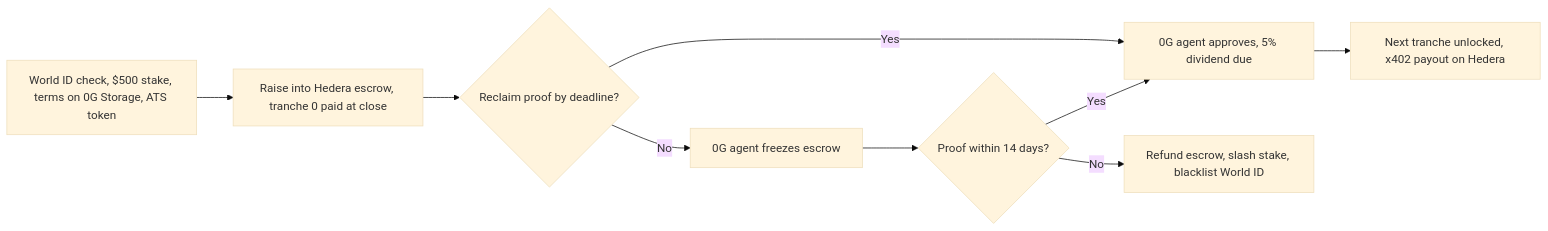
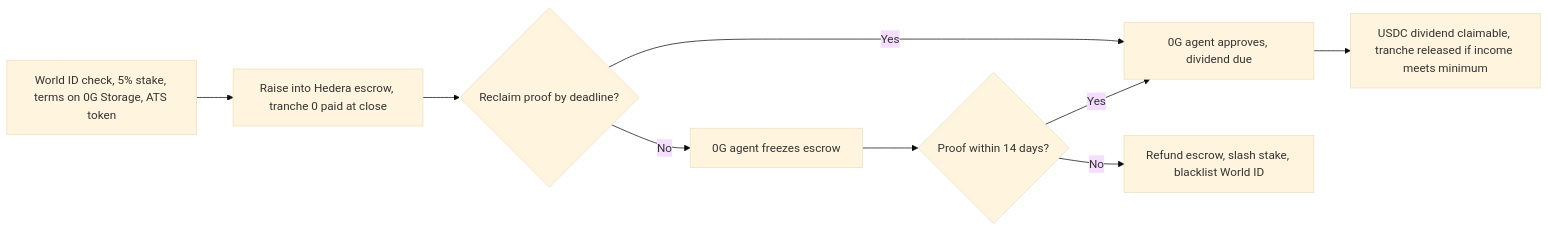
One commit to predatorx7/stakeme-ex changed the first of 4 diagrams in README.md. Above: the diagram before and after it, drawn with Mermaid (base theme). The commit also changed other lines of this file and 14 other files, not shown here.

Commit message:
Update docs for USDC dividend claims, low-month approvals and the stake rule

````diff
--- a/README.md
+++ b/README.md
@@ -41,11 +48,11 @@
 ```mermaid
 flowchart LR
-	ipo["World ID check, $500 stake, terms on 0G Storage, ATS token"] --> raise["Raise into Hedera escrow, tranche 0 paid at close"]
+	ipo["World ID check, 5% stake, terms on 0G Storage, ATS token"] --> raise["Raise into Hedera escrow, tranche 0 paid at close"]
 	raise --> proof{"Reclaim proof by deadline?"}
-	proof -->|"Yes"| audit["0G agent approves, 5% dividend due"]
-	audit --> pay["Next tranche unlocked, x402 payout on Hedera"]
+	proof -->|"Yes"| audit["0G agent approves, dividend due"]
+	audit --> pay["USDC dividend claimable, tranche released if income meets minimum"]
 	proof -->|"No"| freeze["0G agent freezes escrow"]
 	freeze --> grace{"Proof within 14 days?"}
 	grace -->|"Yes"| audit
 	grace -->|"No"| liquidate["Refund escrow, slash stake, blacklist World ID"]
 ```
````
